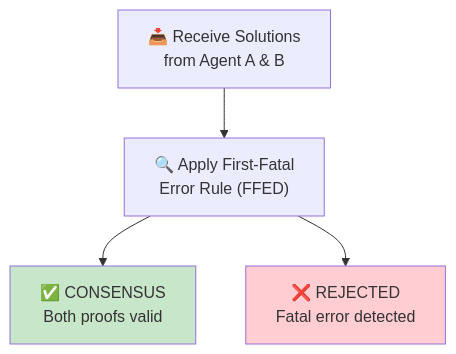
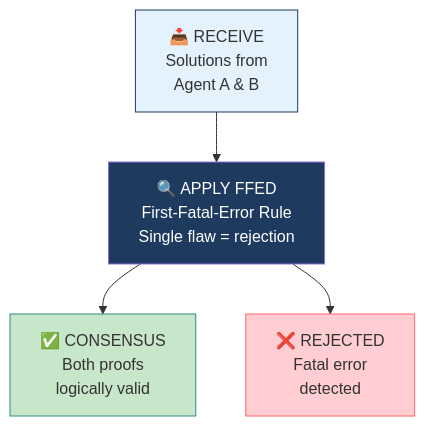
The tenth of 19 diagrams in PRESENTATION_OUTLINE.md (mikenk2010/COSC3009-Intelligent-Decision-Making-Advanced-IDM-Algorithm-Design), drawn with Mermaid before and after one commit. The commit also changed other lines of this file, not shown here.

````diff
--- a/PRESENTATION_OUTLINE.md
+++ b/PRESENTATION_OUTLINE.md
@@ -452,14 +593,15 @@
 ```mermaid
 flowchart TB
-    Receive["📥 Receive Solutions<br/>from Agent A & B"]
-    FFED["🔍 Apply First-Fatal<br/>Error Rule (FFED)"]
-    Consensus["✅ CONSENSUS<br/>Both proofs valid"]
-    Rejected["❌ REJECTED<br/>Fatal error detected"]
+    Receive["📥 RECEIVE<br/>Solutions from<br/>Agent A & B"]
+    FFED["🔍 APPLY FFED<br/>First-Fatal-Error Rule<br/>Single flaw = rejection"]
 
     Receive --> FFED
-    FFED --> Consensus
-    FFED --> Rejected
 
-    style Consensus fill:#c8e6c9
-    style Rejected fill:#ffcdd2
+    FFED --> Consensus["✅ CONSENSUS<br/>Both proofs<br/>logically valid"]
+    FFED --> Rejected["❌ REJECTED<br/>Fatal error<br/>detected"]
+
+    style Receive fill:#e3f2fd,stroke:#1e3a5f
+    style FFED fill:#1e3a5f,color:#fff
+    style Consensus fill:#c8e6c9,stroke:#2d8b8b
+    style Rejected fill:#ffcdd2,stroke:#ff6666
 ```
````
